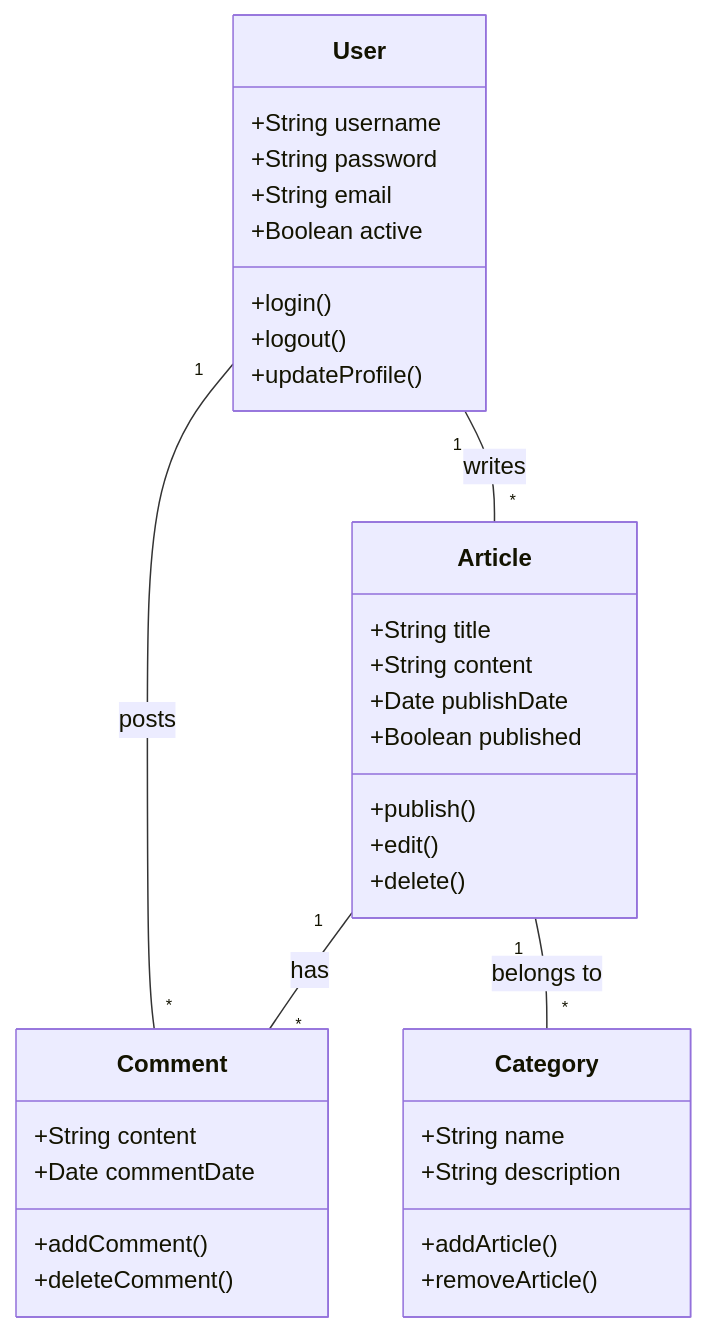
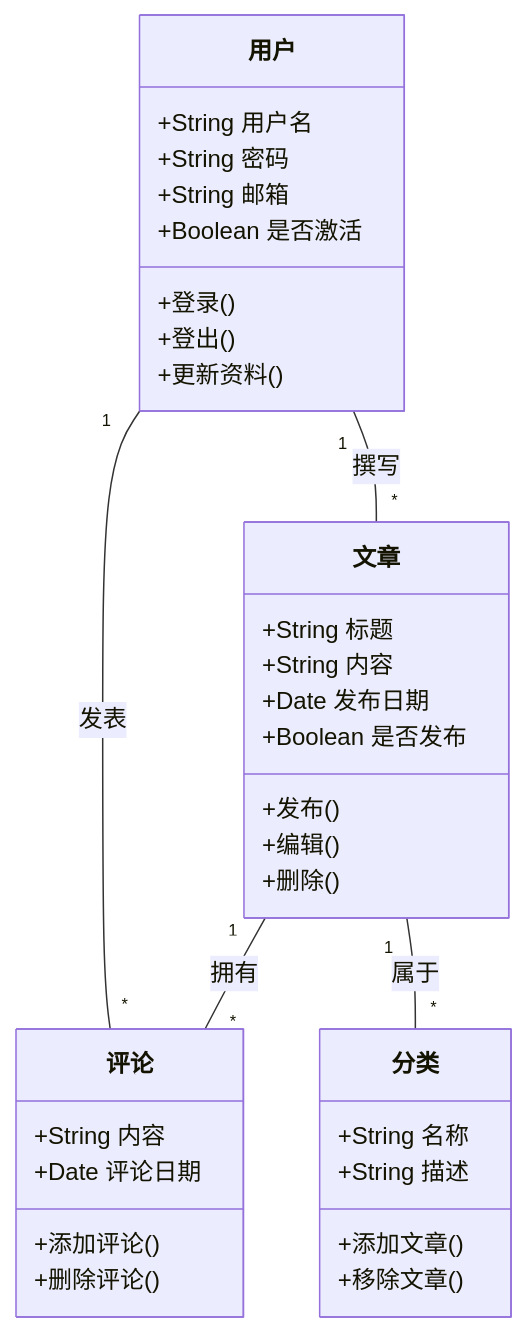
One commit to FishingMZ/blog changed the fourth of 6 diagrams in src/content/posts/markdown-mermaid.md. Above: the diagram before and after it, drawn with Mermaid. The commit also changed other lines of this file, not shown here.

Commit message:
Translate Markdown Mermaid post to Chinese

````diff
--- a/src/content/posts/markdown-mermaid.md
+++ b/src/content/posts/markdown-mermaid.md
@@ -105,41 +102,41 @@
 ```mermaid
 classDiagram
-    class User {
-        +String username
-        +String password
-        +String email
-        +Boolean active
-        +login()
-        +logout()
-        +updateProfile()
+    class 用户 {
+        +String 用户名
+        +String 密码
+        +String 邮箱
+        +Boolean 是否激活
+        +登录()
+        +登出()
+        +更新资料()
     }
     
-    class Article {
-        +String title
-        +String content
-        +Date publishDate
-        +Boolean published
-        +publish()
-        +edit()
-        +delete()
+    class 文章 {
+        +String 标题
+        +String 内容
+        +Date 发布日期
+        +Boolean 是否发布
+        +发布()
+        +编辑()
+        +删除()
     }
     
-    class Comment {
-        +String content
-        +Date commentDate
-        +addComment()
-        +deleteComment()
+    class 评论 {
+        +String 内容
+        +Date 评论日期
+        +添加评论()
+        +删除评论()
     }
     
-    class Category {
-        +String name
-        +String description
-        +addArticle()
-        +removeArticle()
+    class 分类 {
+        +String 名称
+        +String 描述
+        +添加文章()
+        +移除文章()
     }
     
-    User "1" -- "*" Article : writes
-    User "1" -- "*" Comment : posts
-    Article "1" -- "*" Comment : has
-    Article "1" -- "*" Category : belongs to
+    用户 "1" -- "*" 文章 : 撰写
+    用户 "1" -- "*" 评论 : 发表
+    文章 "1" -- "*" 评论 : 拥有
+    文章 "1" -- "*" 分类 : 属于
 ```
````
